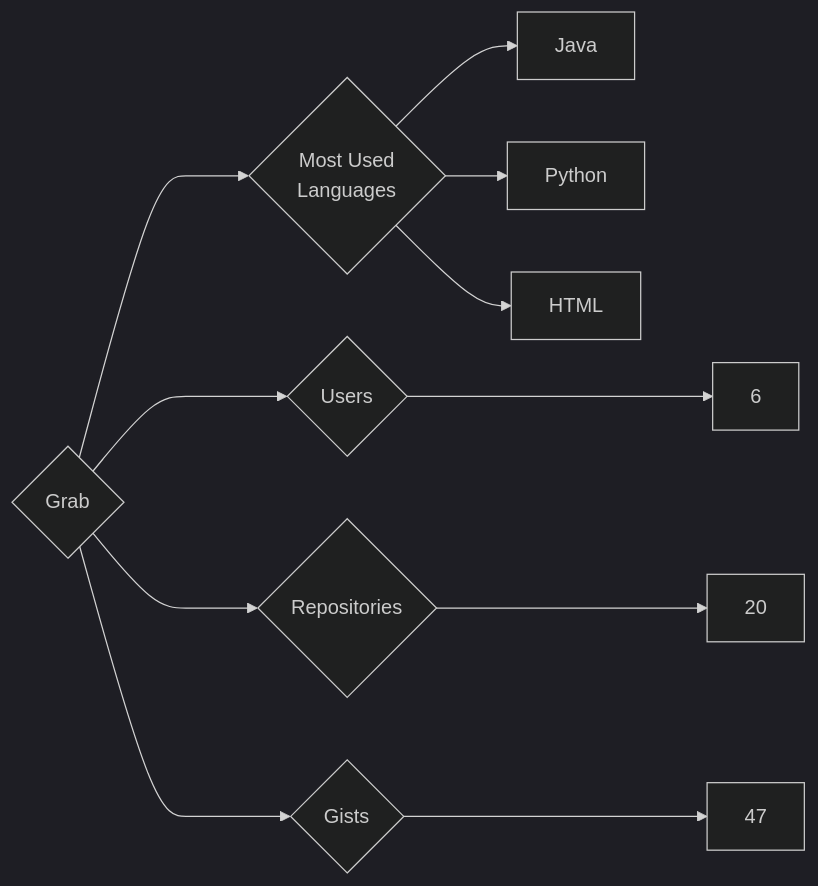
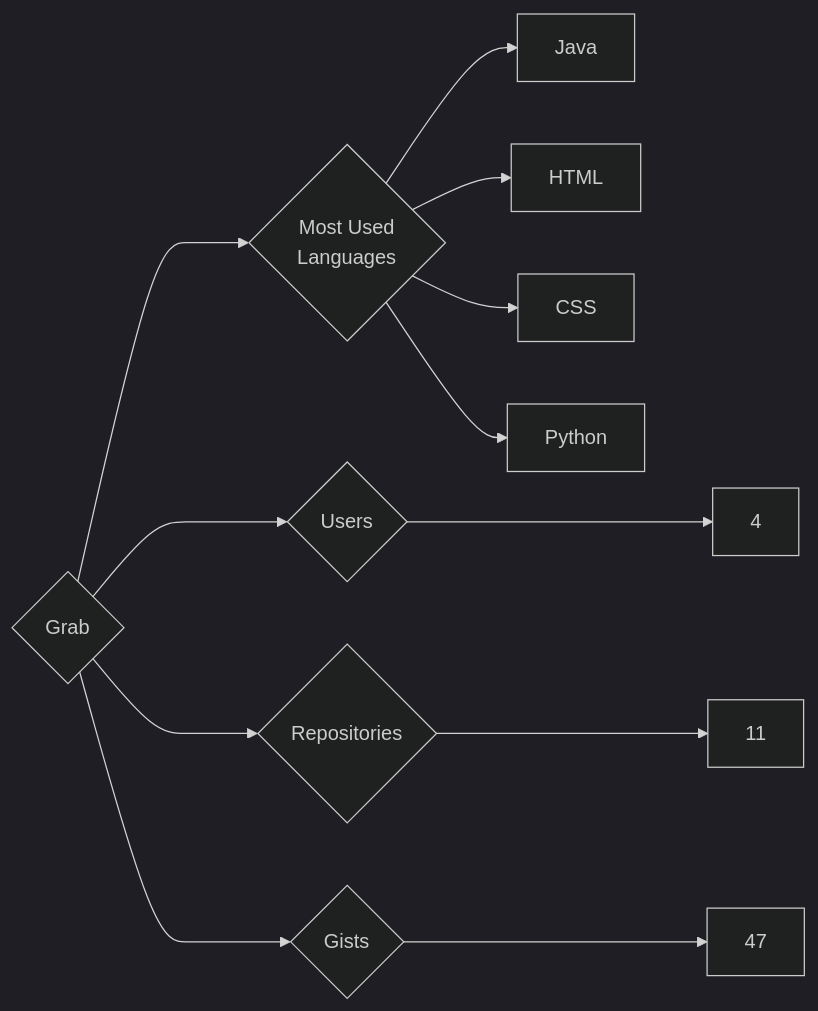
Before and after one commit to trickest/insiders: the diagram in targets/Grab/README.md, drawn with Mermaid (dark theme). The commit also changed 988 other files, not shown here.

````diff
--- a/targets/Grab/README.md
+++ b/targets/Grab/README.md
@@ -3,11 +3,12 @@
 ```mermaid
 graph LR
 COMPANY_NAME{Grab}
-COMPANY_NAME ---> U{Users} ---> UN[6]
-COMPANY_NAME ---> R{Repositories} ---> RN[20]
+COMPANY_NAME ---> U{Users} ---> UN[4]
+COMPANY_NAME ---> R{Repositories} ---> RN[11]
 COMPANY_NAME ---> G{Gists} ---> GN[47]
 COMPANY_NAME ---> ML{Most Used<br>Languages}
 ML --> Java[Java]
+ML --> HTML[HTML]
+ML --> CSS[CSS]
 ML --> Python[Python]
-ML --> HTML[HTML]
 ```
````
